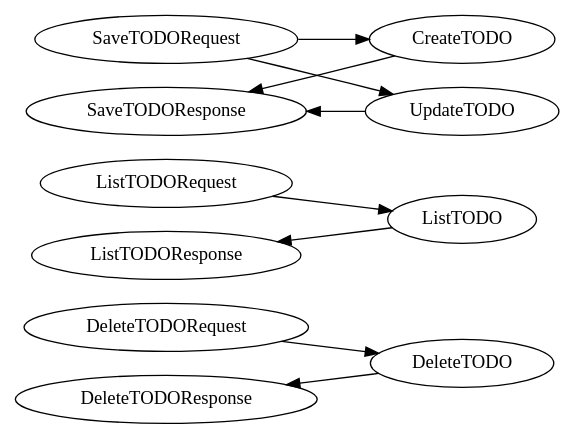
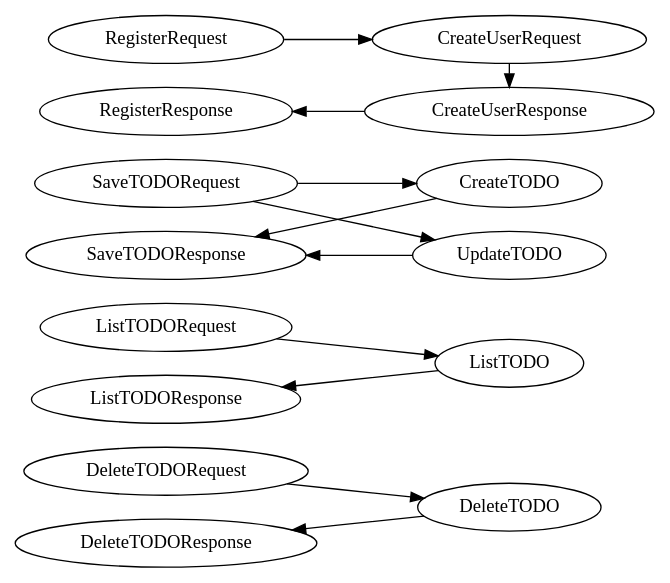
Before and after one commit to RouR/ToDo-ToBuy: the diagram in DTO_routing.dot, drawn with Graphviz. The commit also changed 9 other files, not shown here.

```diff
--- a/DTO_routing.dot
+++ b/DTO_routing.dot
@@ -1,123 +1,159 @@
 digraph architecture {
 
 
 
 //GraphViz Engine: Dot
 //You can generate image by online generators, for example - https://dreampuf.github.io/GraphvizOnline/
 
 
 
 
 rankdir=LR; 
 
 
 
 
 forcelabels=true;
 
 
 
 
 /* DTO.Public.TODO.DeleteTODORequest */
 
 DTO_Public_TODO_DeleteTODORequest[label="DeleteTODORequest"];
 
 /* DTO.Public.TODO.DeleteTODOResponse */
 
 DTO_Public_TODO_DeleteTODOResponse[label="DeleteTODOResponse"];
 
 /* DTO.Public.TODO.ListTODORequest */
 
 DTO_Public_TODO_ListTODORequest[label="ListTODORequest"];
 
 /* DTO.Public.TODO.ListTODOResponse */
 
 DTO_Public_TODO_ListTODOResponse[label="ListTODOResponse"];
 
 /* DTO.Public.TODO.SaveTODORequest */
 
 DTO_Public_TODO_SaveTODORequest[label="SaveTODORequest"];
 
 /* DTO.Public.TODO.SaveTODOResponse */
 
 DTO_Public_TODO_SaveTODOResponse[label="SaveTODOResponse"];
 
+/* DTO.Public.Account.RegisterRequest */
+
+DTO_Public_Account_RegisterRequest[label="RegisterRequest"];
+
+/* DTO.Public.Account.RegisterResponse */
+
+DTO_Public_Account_RegisterResponse[label="RegisterResponse"];
+
 /* DTO.Internal.TODO.CreateTODO */
 
 DTO_Internal_TODO_CreateTODO[label="CreateTODO"];
 
 /* DTO.Internal.TODO.DeleteTODO */
 
 DTO_Internal_TODO_DeleteTODO[label="DeleteTODO"];
 
 /* DTO.Internal.TODO.ListTODO */
 
 DTO_Internal_TODO_ListTODO[label="ListTODO"];
 
 /* DTO.Internal.TODO.UpdateTODO */
 
 DTO_Internal_TODO_UpdateTODO[label="UpdateTODO"];
 
+/* DTO.Internal.Account.CreateUserRequest */
+
+DTO_Internal_Account_CreateUserRequest[label="CreateUserRequest"];
+
+/* DTO.Internal.Account.CreateUserResponse */
+
+DTO_Internal_Account_CreateUserResponse[label="CreateUserResponse"];
 
 
 
 
 
 
-subgraph d646a7cbdc724940917e4604d0ab2420 {
+
+subgraph _41488b54812746999b549ffadb6c5420 {
 
 
 
 DTO_Public_TODO_SaveTODORequest -> DTO_Internal_TODO_CreateTODO[color="black"];
 
 DTO_Internal_TODO_CreateTODO -> DTO_Public_TODO_SaveTODOResponse[color="black"];
 
 DTO_Public_TODO_SaveTODORequest -> DTO_Internal_TODO_UpdateTODO[color="black"];
 
 DTO_Internal_TODO_UpdateTODO -> DTO_Public_TODO_SaveTODOResponse[color="black"];
 
 }
 
 
 
 
 
 
 
-subgraph f33e5827edd843649a19814e718ae9fd {
+subgraph _617d1c254127426c8d37eb24899f449d {
 
 
 
 DTO_Public_TODO_DeleteTODORequest -> DTO_Internal_TODO_DeleteTODO[color="black"];
 
 DTO_Internal_TODO_DeleteTODO -> DTO_Public_TODO_DeleteTODOResponse[color="black"];
 
 }
 
 
 
 
 
 
 
-subgraph _336e557ad3c046e5bfa16b9e8500b974 {
+subgraph b7c396aac5984c2b9f2a6f1087937a73 {
 
 
 
 DTO_Public_TODO_ListTODORequest -> DTO_Internal_TODO_ListTODO[color="black"];
 
 DTO_Internal_TODO_ListTODO -> DTO_Public_TODO_ListTODOResponse[color="black"];
 
 }
 
 
 
 
-{/* ServiceName Web*/ rank=same;DTO_Public_TODO_DeleteTODORequest, DTO_Public_TODO_DeleteTODOResponse, DTO_Public_TODO_ListTODORequest, DTO_Public_TODO_ListTODOResponse, DTO_Public_TODO_SaveTODORequest, DTO_Public_TODO_SaveTODOResponse}
+
+
+
+subgraph _7c64e7cbd5524d54836595a075a0e7b5 {
+
+
+
+DTO_Public_Account_RegisterRequest -> DTO_Internal_Account_CreateUserRequest[color="black"];
+
+DTO_Internal_Account_CreateUserRequest -> DTO_Internal_Account_CreateUserResponse[color="black"];
+
+DTO_Internal_Account_CreateUserResponse -> DTO_Public_Account_RegisterResponse[color="black"];
+
+}
+
+
+
+
+{/* ServiceName Web*/ rank=same;DTO_Public_TODO_DeleteTODORequest, DTO_Public_TODO_DeleteTODOResponse, DTO_Public_TODO_ListTODORequest, DTO_Public_TODO_ListTODOResponse, DTO_Public_TODO_SaveTODORequest, DTO_Public_TODO_SaveTODOResponse, DTO_Public_Account_RegisterRequest, DTO_Public_Account_RegisterResponse}
 
 {/* ServiceName ToDoSrv*/ rank=same;DTO_Internal_TODO_CreateTODO, DTO_Internal_TODO_DeleteTODO, DTO_Internal_TODO_ListTODO, DTO_Internal_TODO_UpdateTODO}
+
+{/* ServiceName Account*/ rank=same;DTO_Internal_Account_CreateUserRequest, DTO_Internal_Account_CreateUserResponse}
 
 
 
 
 }
```
